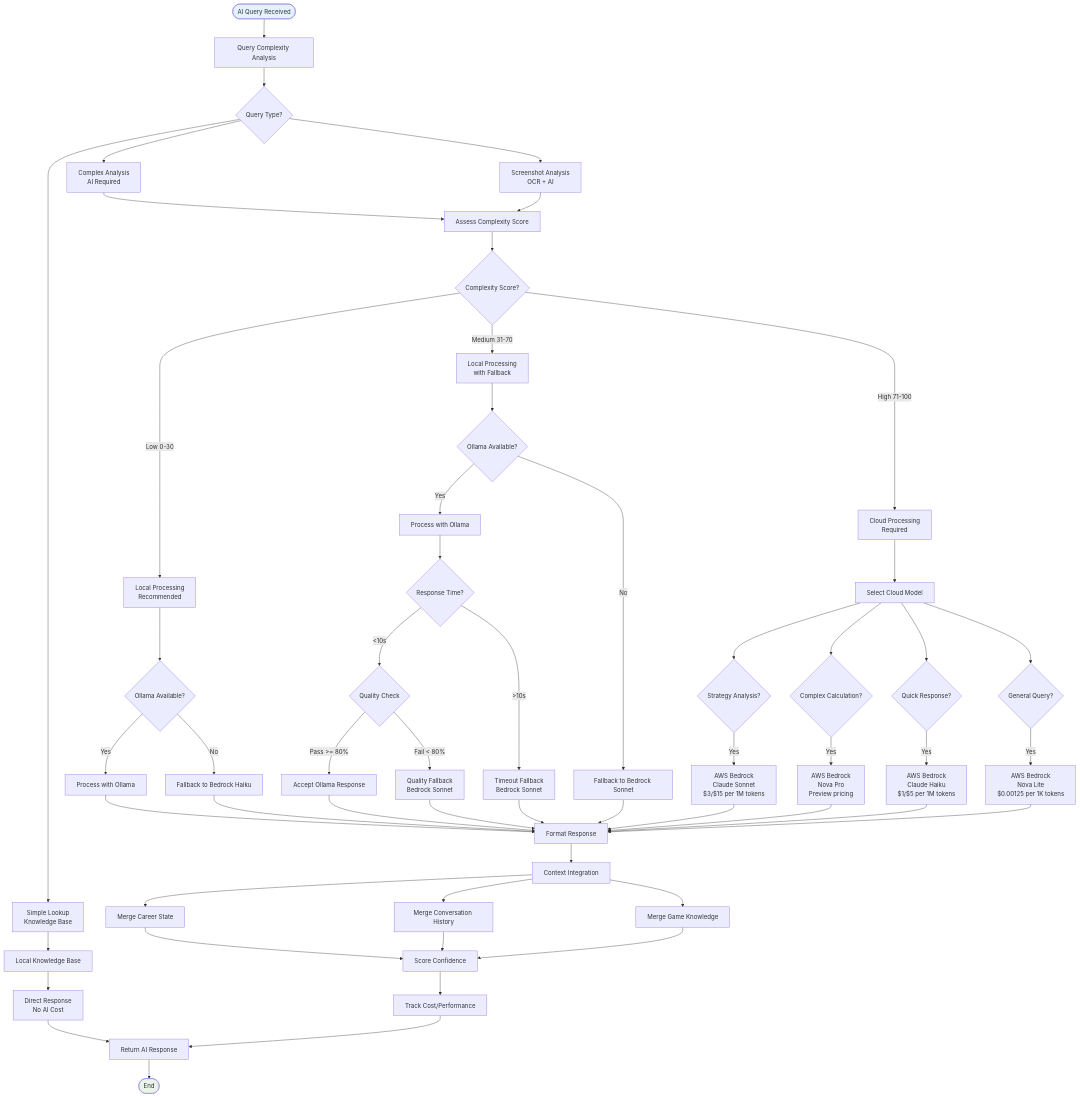
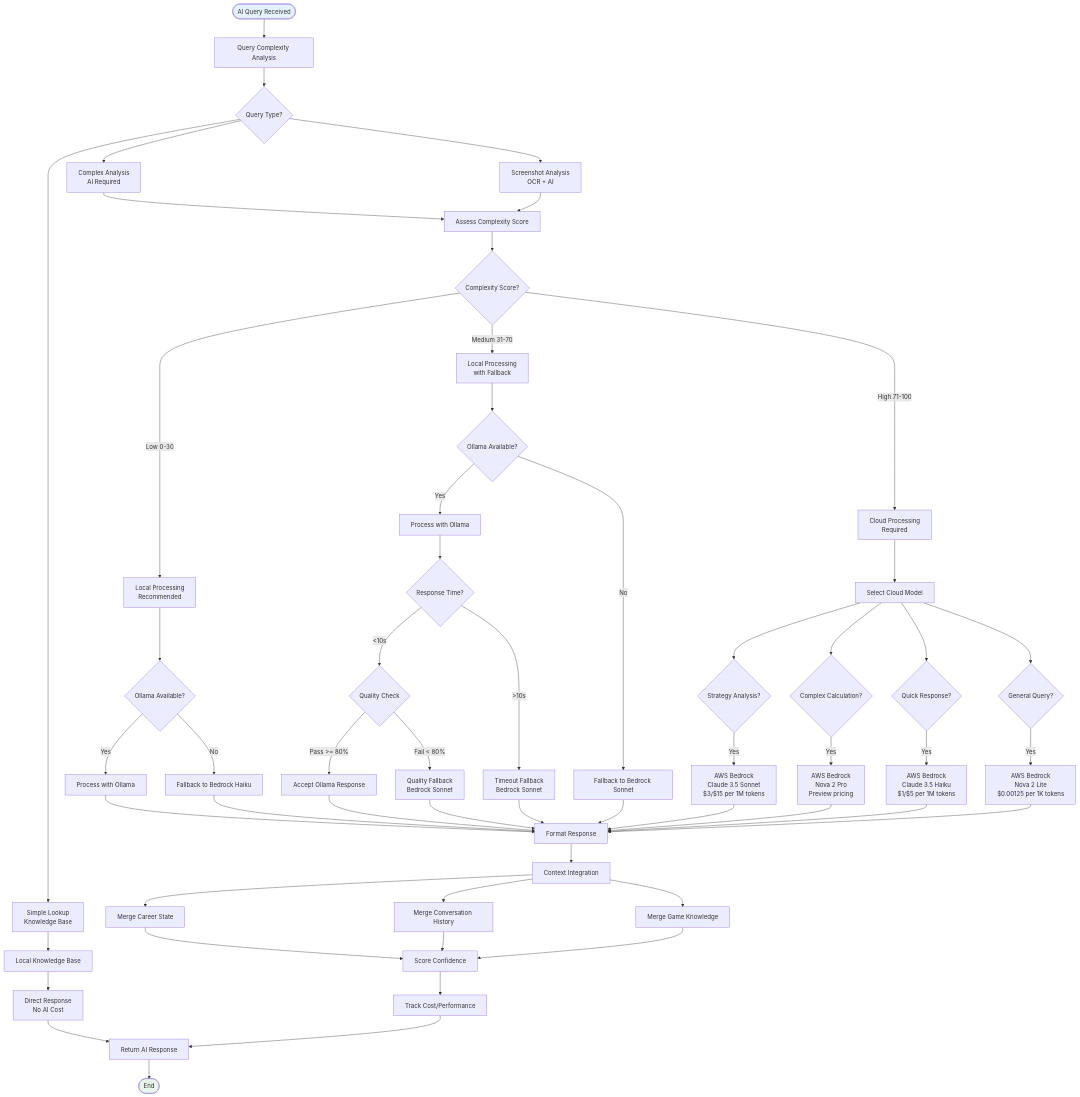
Before and after one commit to exatfrds67/umamusume-career-planner: diagram 12 of 15 in docs/01-diagrams/decision-tree-flow-diagrams.md, drawn with Mermaid. The commit also changed other lines of this file and 58 other files, not shown here.

Commit message:
docs(flow): fix markdownlint errors in diagrams, flows, sequences, tech-flow, user-flows, and wireframes

```diff
--- a/docs/01-diagrams/decision-tree-flow-diagrams.md
+++ b/docs/01-diagrams/decision-tree-flow-diagrams.md
@@ -987,10 +986,10 @@
     SelectCloudModel --> QuickResponse{Quick Response?}
     SelectCloudModel --> GeneralQuery{General Query?}
     
-    StrategyAnalysis -->|Yes| ClaudeSonnet[AWS Bedrock<br/>Claude Sonnet<br/>$3/$15 per 1M tokens]
-    ComplexCalc -->|Yes| NovaPro[AWS Bedrock<br/>Nova Pro<br/>Preview pricing]
-    QuickResponse -->|Yes| ClaudeHaiku[AWS Bedrock<br/>Claude Haiku<br/>$1/$5 per 1M tokens]
-    GeneralQuery -->|Yes| NovaLite[AWS Bedrock<br/>Nova Lite<br/>$0.00125 per 1K tokens]
+    StrategyAnalysis -->|Yes| ClaudeSonnet[AWS Bedrock<br/>Claude 3.5 Sonnet<br/>$3/$15 per 1M tokens]
+    ComplexCalc -->|Yes| NovaPro[AWS Bedrock<br/>Nova 2 Pro<br/>Preview pricing]
+    QuickResponse -->|Yes| ClaudeHaiku[AWS Bedrock<br/>Claude 3.5 Haiku<br/>$1/$5 per 1M tokens]
+    GeneralQuery -->|Yes| NovaLite[AWS Bedrock<br/>Nova 2 Lite<br/>$0.00125 per 1K tokens]
     
     %% Process Responses
     OllamaSimple --> FormatResponse[Format Response]
```
